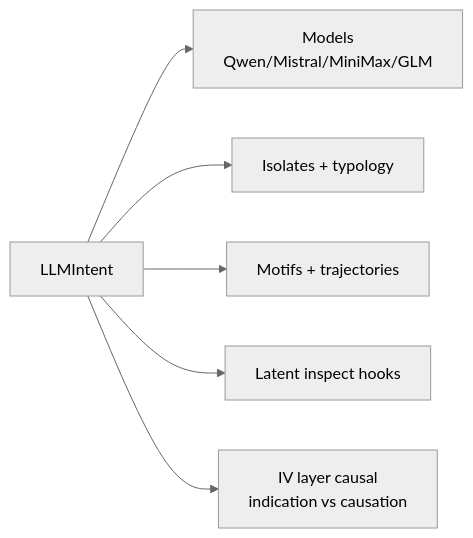
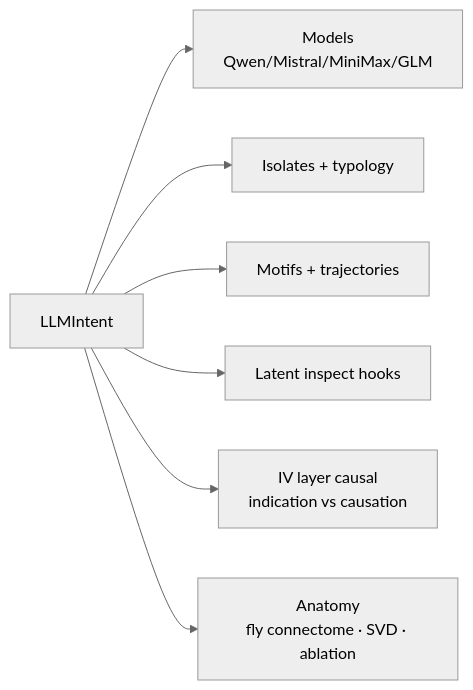
One commit to ehallford11714/llmintent changed the first of 3 diagrams in README.md. Above: the diagram before and after it, drawn with Mermaid (neutral theme). The commit also changed other lines of this file and 25 other files, not shown here.

Commit message:
Release 1.3.0: map LLM anatomy from the fly connectome and test residuals on Qwen 27B.

````diff
--- a/README.md
+++ b/README.md
@@ -167,9 +184,10 @@
 ```mermaid
 flowchart LR
   LI[LLMIntent]
   LI --> Models[Models<br/>Qwen/Mistral/MiniMax/GLM]
   LI --> Iso[Isolates + typology]
   LI --> Mot[Motifs + trajectories]
   LI --> Lat[Latent inspect hooks]
   LI --> IV[IV layer causal<br/>indication vs causation]
+  LI --> An[Anatomy<br/>fly connectome · SVD · ablation]
 ```
````
